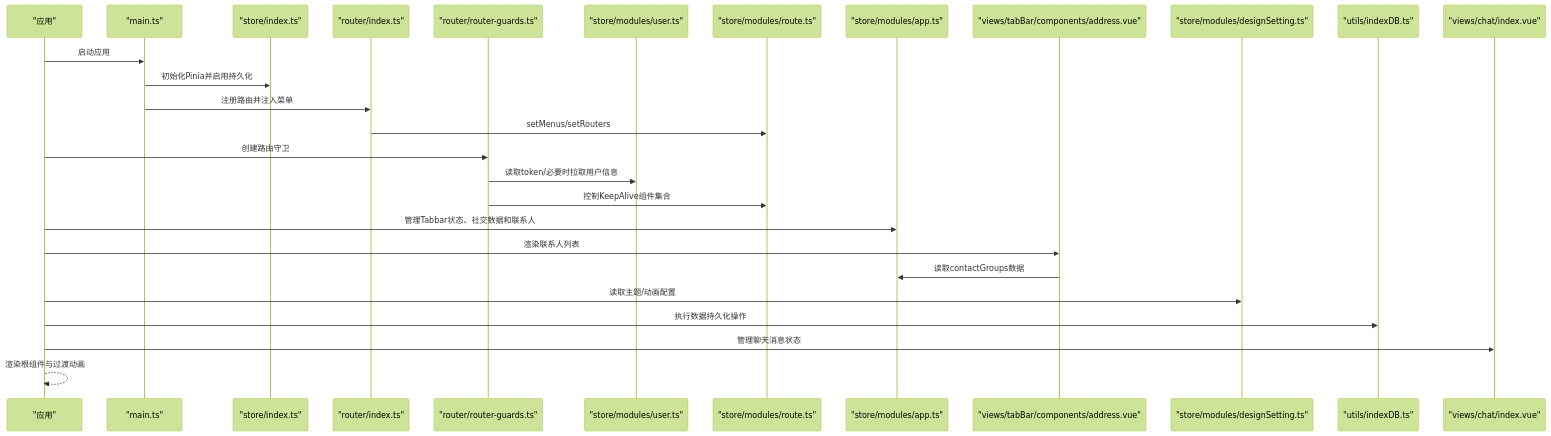
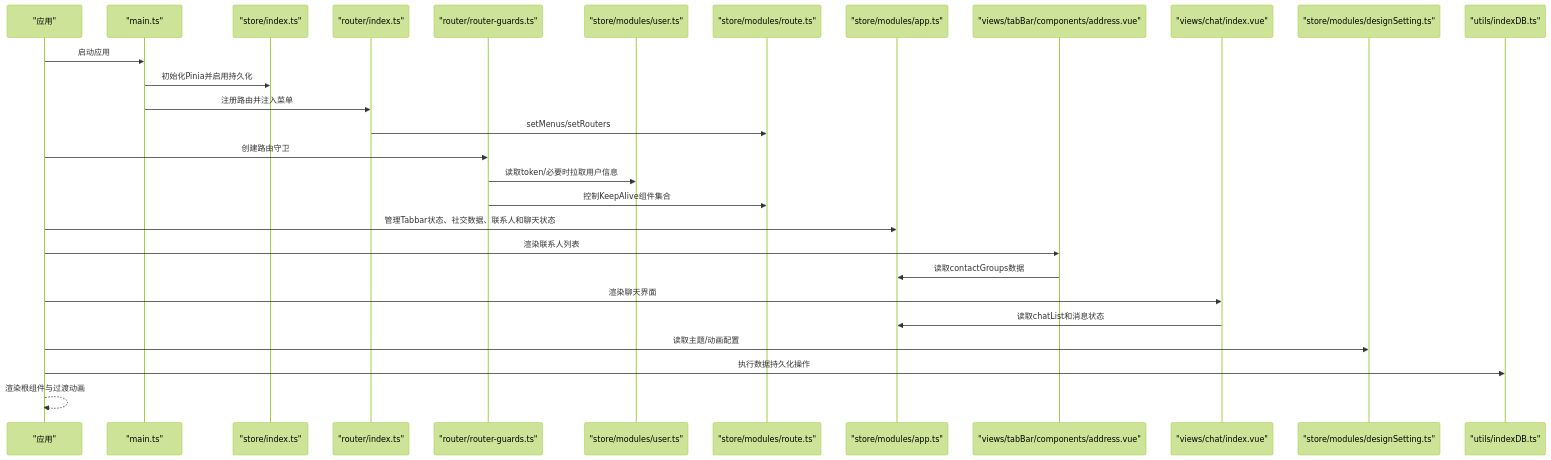
One commit to giserman001/vue3-vant4-mobile changed the second of 11 diagrams in .qoder/repowiki/zh/content/核心系统/状态管理系统/状态管理系统.md. Above: the diagram before and after it, drawn with Mermaid (forest theme). The commit also changed other lines of this file and 13 other files, not shown here.

````diff
--- a/.qoder/repowiki/zh/content/核心系统/状态管理系统/状态管理系统.md
+++ b/.qoder/repowiki/zh/content/核心系统/状态管理系统/状态管理系统.md
@@ -161,29 +166,30 @@
 ```mermaid
 sequenceDiagram
 participant App as "应用"
 participant Main as "main.ts"
 participant Store as "store/index.ts"
 participant Router as "router/index.ts"
 participant Guards as "router/router-guards.ts"
 participant User as "store/modules/user.ts"
 participant Route as "store/modules/route.ts"
 participant AppStore as "store/modules/app.ts"
 participant AddressView as "views/tabBar/components/address.vue"
+participant ChatView as "views/chat/index.vue"
 participant Design as "store/modules/designSetting.ts"
 participant IndexedDB as "utils/indexDB.ts"
-participant Chat as "views/chat/index.vue"
 App->>Main : 启动应用
 Main->>Store : 初始化Pinia并启用持久化
 Main->>Router : 注册路由并注入菜单
 Router->>Route : setMenus/setRouters
 App->>Guards : 创建路由守卫
 Guards->>User : 读取token/必要时拉取用户信息
 Guards->>Route : 控制KeepAlive组件集合
-App->>AppStore : 管理Tabbar状态、社交数据和联系人
+App->>AppStore : 管理Tabbar状态、社交数据、联系人和聊天状态
 App->>AddressView : 渲染联系人列表
 AddressView->>AppStore : 读取contactGroups数据
+App->>ChatView : 渲染聊天界面
+ChatView->>AppStore : 读取chatList和消息状态
 App->>Design : 读取主题/动画配置
 App->>IndexedDB : 执行数据持久化操作
-App->>Chat : 管理聊天消息状态
 App-->>App : 渲染根组件与过渡动画
 ```
````
